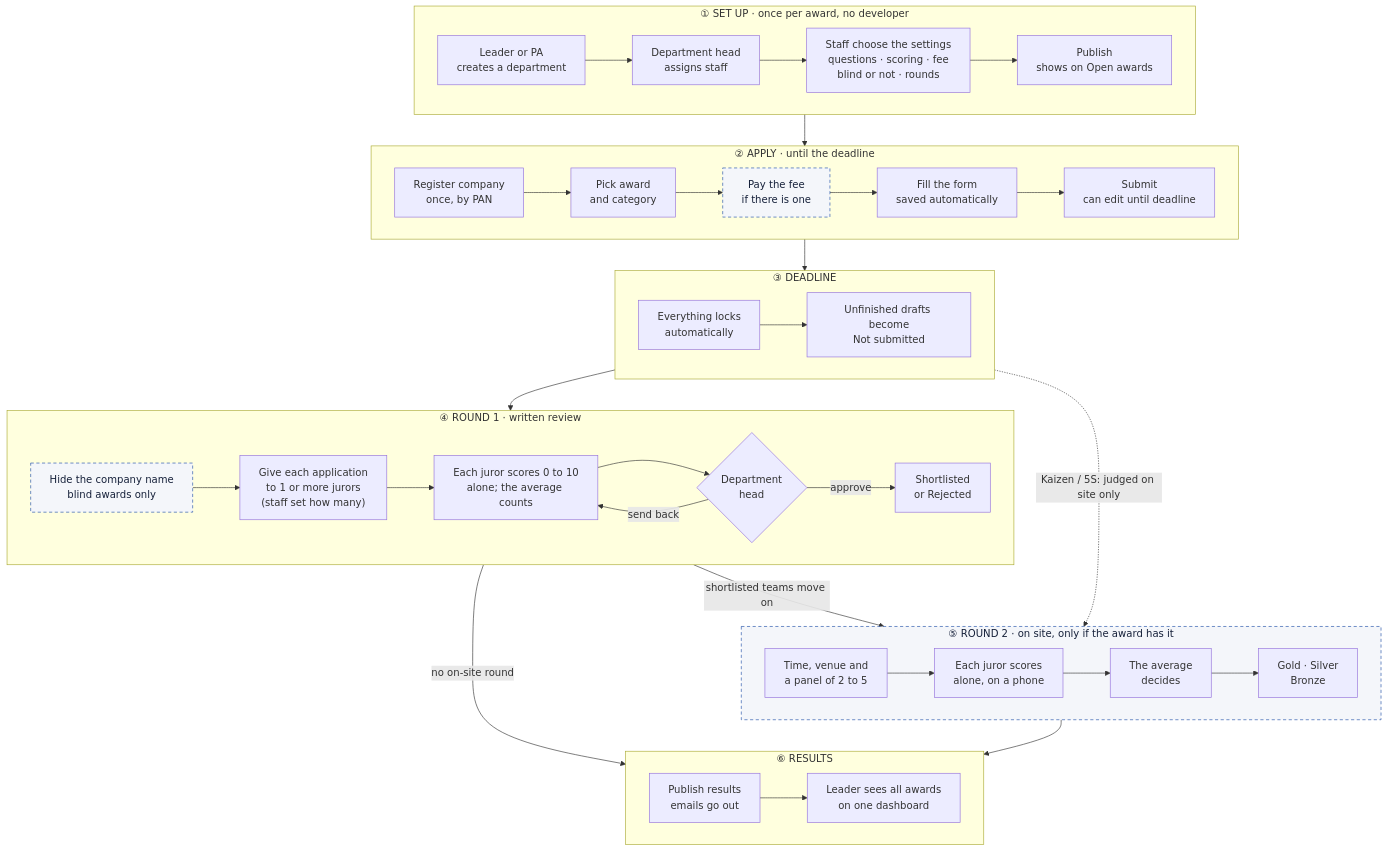
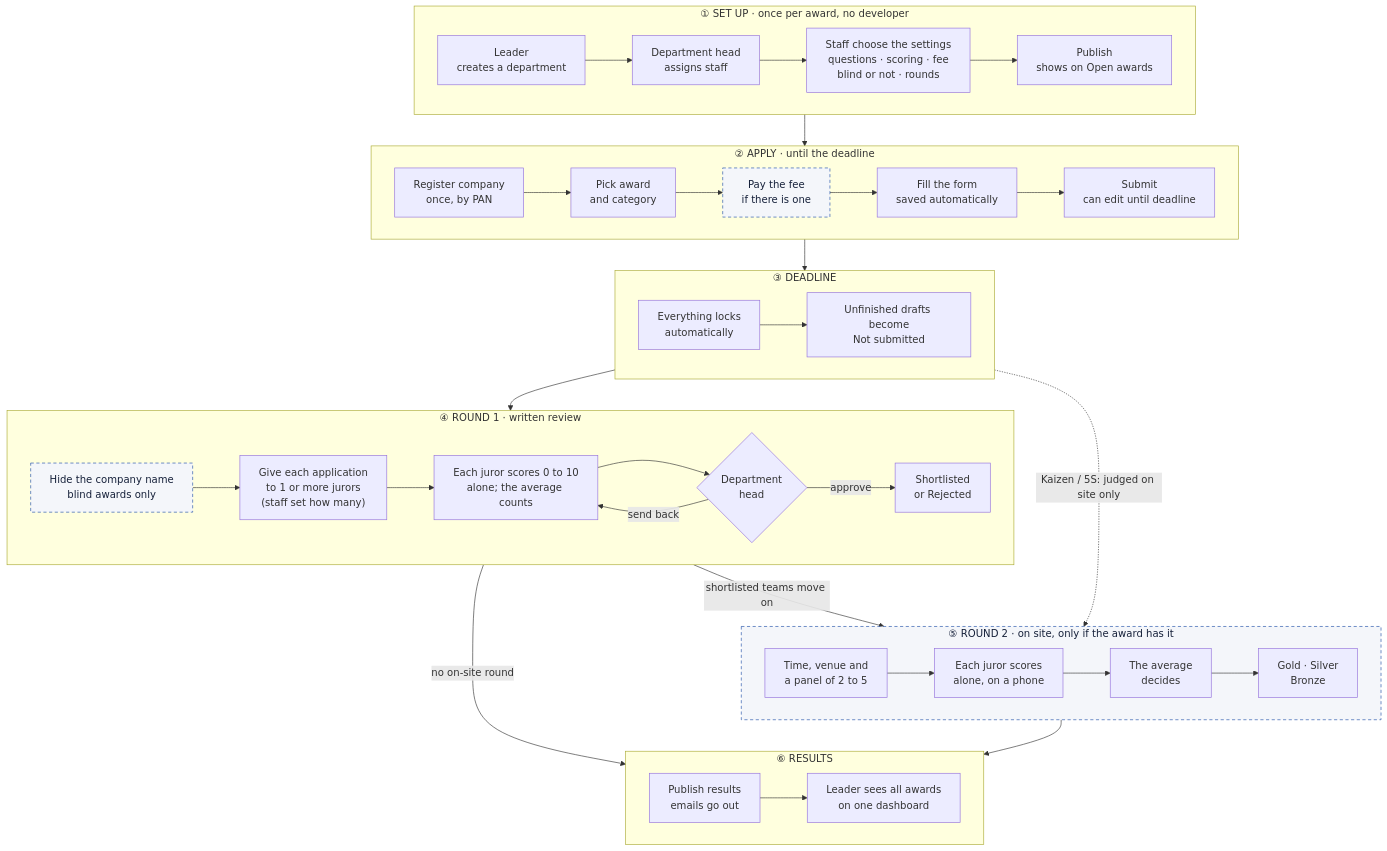
The third of 5 diagrams in docs/overview/README.md (sumitdwivedi01/EigthyAwards), drawn with Mermaid before and after one commit. The commit also changed other lines of this file and 24 other files, not shown here.

````diff
--- a/docs/overview/README.md
+++ b/docs/overview/README.md
@@ -112,37 +111,37 @@
 ```mermaid
 flowchart TD
     subgraph S1["① SET UP · once per award, no developer"]
         direction LR
-        a1["Leader or PA<br/>creates a department"] --> a2["Department head<br/>assigns staff"] --> a3["Staff choose the settings<br/>questions · scoring · fee<br/>blind or not · rounds"] --> a4["Publish<br/>shows on Open awards"]
+        a1["Leader<br/>creates a department"] --> a2["Department head<br/>assigns staff"] --> a3["Staff choose the settings<br/>questions · scoring · fee<br/>blind or not · rounds"] --> a4["Publish<br/>shows on Open awards"]
     end
     subgraph S2["② APPLY · until the deadline"]
         direction LR
         b1["Register company<br/>once, by PAN"] --> b2["Pick award<br/>and category"] --> b3["Pay the fee<br/>if there is one"] --> b4["Fill the form<br/>saved automatically"] --> b5["Submit<br/>can edit until deadline"]
     end
     subgraph S3["③ DEADLINE"]
         direction LR
         c1["Everything locks<br/>automatically"] --> c2["Unfinished drafts become<br/>Not submitted"]
     end
     subgraph S4["④ ROUND 1 · written review"]
         direction LR
         d1["Hide the company name<br/>blind awards only"] --> d2["Give each application<br/>to 1 or more jurors<br/>(staff set how many)"] --> d3["Each juror scores 0 to 10<br/>alone; the average counts"] --> d4{"Department<br/>head"}
         d4 -->|send back| d3
         d4 -->|approve| d5["Shortlisted<br/>or Rejected"]
     end
     subgraph S5["⑤ ROUND 2 · on site, only if the award has it"]
         direction LR
         e1["Time, venue and<br/>a panel of 2 to 5"] --> e2["Each juror scores<br/>alone, on a phone"] --> e3["The average<br/>decides"] --> e4["Gold · Silver<br/>Bronze"]
     end
     subgraph S6["⑥ RESULTS"]
         direction LR
         f1["Publish results<br/>emails go out"] --> f2["Leader sees all awards<br/>on one dashboard"]
     end
     S1 --> S2 --> S3 --> S4
     S4 -->|shortlisted teams move on| S5
     S4 -->|no on-site round| S6
     S3 -.->|Kaizen / 5S: judged on site only| S5
     S5 --> S6
     classDef opt fill:#F4F6FA,stroke:#1F4FA8,stroke-dasharray:5 4,color:#16213A
     class b3,d1 opt
     class S5 opt
 ```
````
